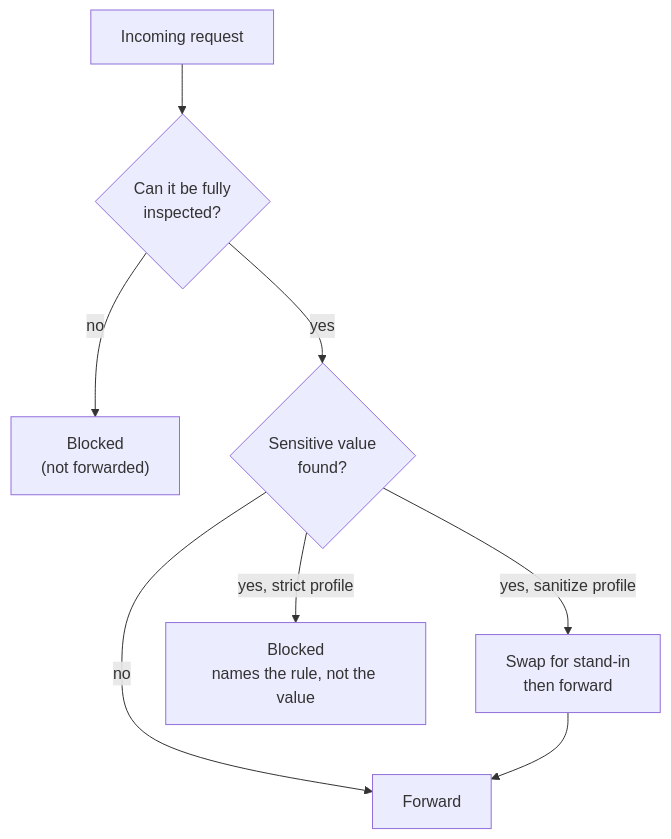
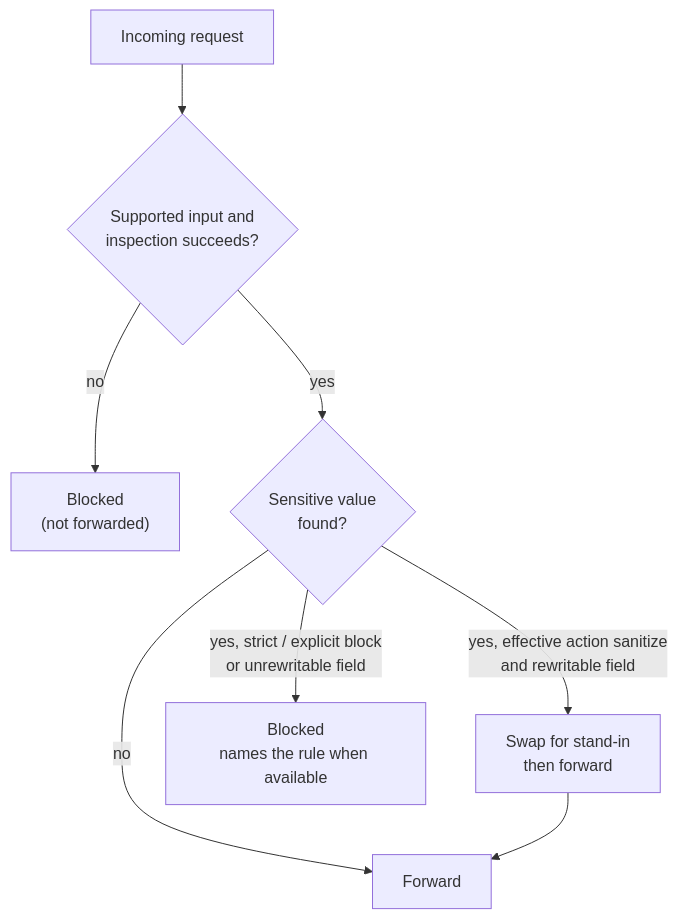
Before and after one commit to rozdolsky33/cui-proxy: the fifth of 6 diagrams in EXECUTIVE-OVERVIEW.md, drawn with Mermaid. The commit also changed other lines of this file and 12 other files, not shown here.

````diff
--- a/EXECUTIVE-OVERVIEW.md
+++ b/EXECUTIVE-OVERVIEW.md
@@ -180,10 +191,10 @@
 ```mermaid
 flowchart TB
-    req["Incoming request"] --> inspect{"Can it be fully<br/>inspected?"}
+    req["Incoming request"] --> inspect{"Supported input and<br/>inspection succeeds?"}
     inspect -- "no" --> block1["Blocked<br/>(not forwarded)"]
     inspect -- "yes" --> detect{"Sensitive value<br/>found?"}
     detect -- "no" --> send["Forward"]
-    detect -- "yes, sanitize profile" --> swap["Swap for stand-in<br/>then forward"]
-    detect -- "yes, strict profile" --> block2["Blocked<br/>names the rule, not the value"]
+    detect -- "yes, effective action sanitize<br/>and rewritable field" --> swap["Swap for stand-in<br/>then forward"]
+    detect -- "yes, strict / explicit block<br/>or unrewritable field" --> block2["Blocked<br/>names the rule when available"]
     swap --> send
 ```
````
